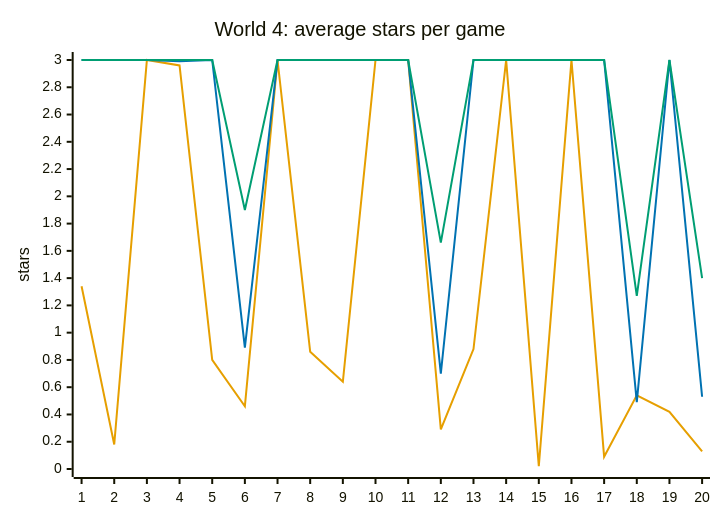
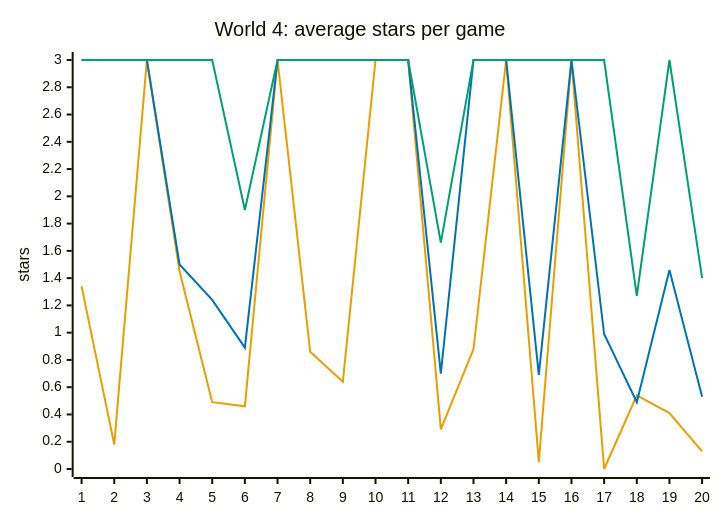
Before and after one commit to Pavelya/dots: the eighth of 8 diagrams in docs/design/difficulty.md, drawn with Mermaid. The commit also changed other lines of this file and 10 other files, not shown here.

````diff
--- a/docs/design/difficulty.md
+++ b/docs/design/difficulty.md
@@ -231,10 +245,10 @@
 ```mermaid
 %%{init: {"themeVariables": {"xyChart": {"plotColorPalette": "#E69F00, #0072B2, #009E73, #999999"}}}}%%
 xychart-beta
     title "World 4: average stars per game"
     x-axis ["1", "2", "3", "4", "5", "6", "7", "8", "9", "10", "11", "12", "13", "14", "15", "16", "17", "18", "19", "20"]
     y-axis "stars" 0 --> 3
-    line [1.34, 0.18, 3.00, 2.96, 0.80, 0.46, 3.00, 0.86, 0.64, 3.00, 3.00, 0.29, 0.88, 3.00, 0.02, 3.00, 0.09, 0.54, 0.42, 0.13]
-    line [3.00, 3.00, 3.00, 2.99, 3.00, 0.89, 3.00, 3.00, 3.00, 3.00, 3.00, 0.70, 3.00, 3.00, 3.00, 3.00, 3.00, 0.49, 3.00, 0.53]
+    line [1.34, 0.18, 3.00, 1.45, 0.49, 0.46, 3.00, 0.86, 0.64, 3.00, 3.00, 0.29, 0.88, 3.00, 0.05, 3.00, 0.00, 0.54, 0.41, 0.13]
+    line [3.00, 3.00, 3.00, 1.50, 1.24, 0.89, 3.00, 3.00, 3.00, 3.00, 3.00, 0.70, 3.00, 3.00, 0.69, 3.00, 0.99, 0.49, 1.46, 0.53]
     line [3.00, 3.00, 3.00, 3.00, 3.00, 1.90, 3.00, 3.00, 3.00, 3.00, 3.00, 1.66, 3.00, 3.00, 3.00, 3.00, 3.00, 1.27, 3.00, 1.40]
 ```
````
